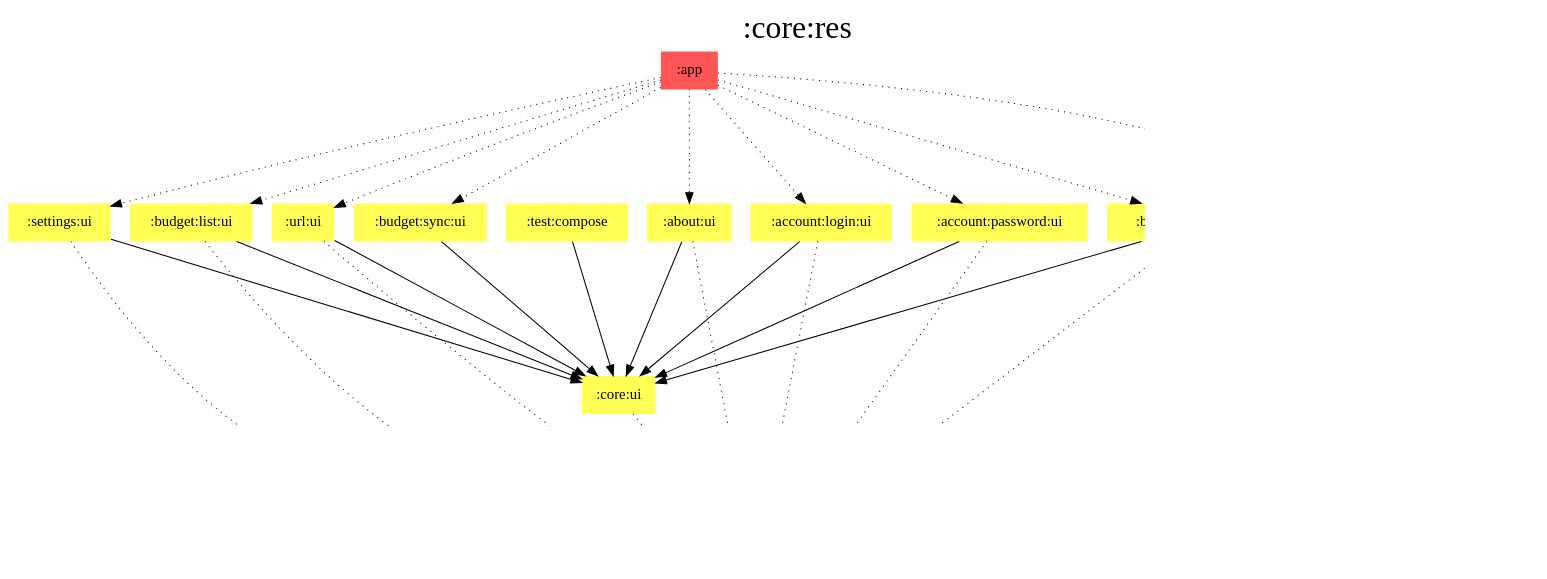
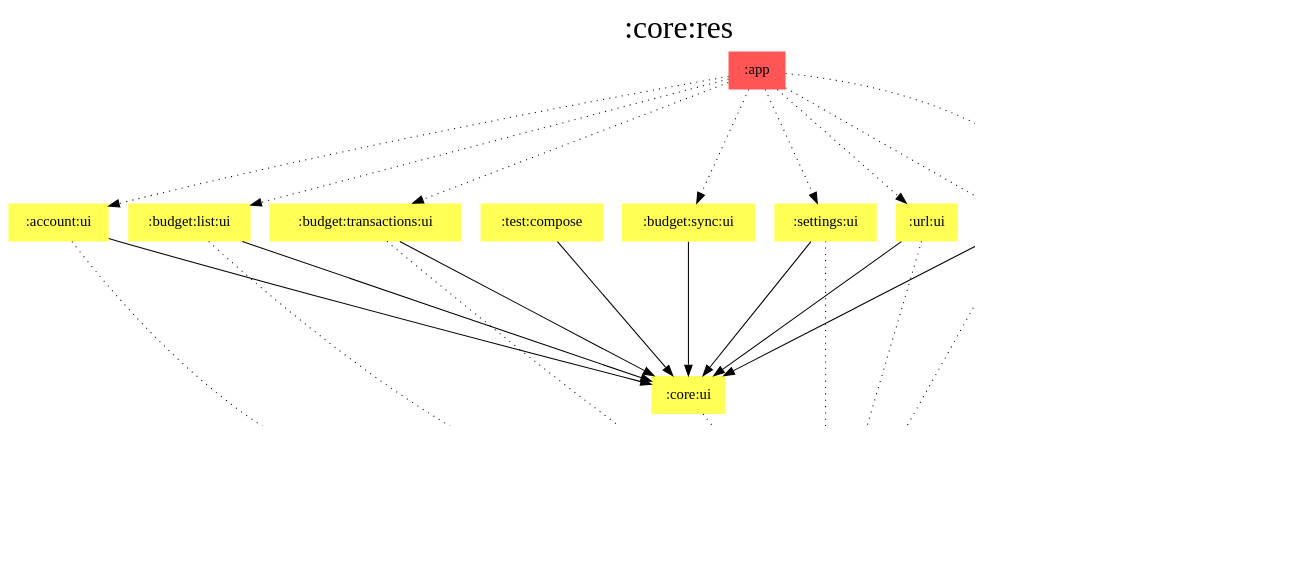
Before and after one commit to jonapoul/aktual: the diagram in modules/core/res/modules.dot, drawn with Graphviz. The commit also changed 127 other files, not shown here.

Commit message:
Merge account:login and account:password

```diff
--- a/modules/core/res/modules.dot
+++ b/modules/core/res/modules.dot
@@ -1,59 +1,55 @@
 digraph {
 edge ["dir"="forward"]
 graph ["dpi"="100","label"=":core:res","labelloc"="t","fontsize"="30","ranksep"="1.5","rankdir"="TB"]
 node ["style"="filled"]
 ":about:ui" ["fillcolor"="#FFFF55","shape"="none"]
-":account:login:ui" ["fillcolor"="#FFFF55","shape"="none"]
-":account:password:ui" ["fillcolor"="#FFFF55","shape"="none"]
+":account:ui" ["fillcolor"="#FFFF55","shape"="none"]
 ":app" ["fillcolor"="#FF5555","shape"="none"]
 ":budget:list:ui" ["fillcolor"="#FFFF55","shape"="none"]
 ":budget:sync:ui" ["fillcolor"="#FFFF55","shape"="none"]
 ":budget:transactions:ui" ["fillcolor"="#FFFF55","shape"="none"]
 ":core:res" ["fillcolor"="#00FFFF","color"="black","penwidth"="3","shape"="box"]
 ":core:ui" ["fillcolor"="#FFFF55","shape"="none"]
 ":settings:ui" ["fillcolor"="#FFFF55","shape"="none"]
 ":test:compose" ["fillcolor"="#FFFF55","shape"="none"]
 ":url:ui" ["fillcolor"="#FFFF55","shape"="none"]
 {
 edge ["dir"="none"]
 graph ["rank"="same"]
 ":core:res"
 }
 ":about:ui" -> ":core:res" ["style"="dotted"]
 ":about:ui" -> ":core:ui"
-":account:login:ui" -> ":core:res" ["style"="dotted"]
-":account:login:ui" -> ":core:ui"
-":account:password:ui" -> ":core:res" ["style"="dotted"]
-":account:password:ui" -> ":core:ui"
+":account:ui" -> ":core:res" ["style"="dotted"]
+":account:ui" -> ":core:ui"
 ":app" -> ":about:ui" ["style"="dotted"]
-":app" -> ":account:login:ui" ["style"="dotted"]
-":app" -> ":account:password:ui" ["style"="dotted"]
+":app" -> ":account:ui" ["style"="dotted"]
 ":app" -> ":budget:list:ui" ["style"="dotted"]
 ":app" -> ":budget:sync:ui" ["style"="dotted"]
 ":app" -> ":budget:transactions:ui" ["style"="dotted"]
 ":app" -> ":core:res" ["style"="dotted"]
 ":app" -> ":settings:ui" ["style"="dotted"]
 ":app" -> ":url:ui" ["style"="dotted"]
 ":budget:list:ui" -> ":core:res" ["style"="dotted"]
 ":budget:list:ui" -> ":core:ui"
 ":budget:sync:ui" -> ":core:ui"
 ":budget:transactions:ui" -> ":core:res" ["style"="dotted"]
 ":budget:transactions:ui" -> ":core:ui"
 ":core:ui" -> ":core:res" ["style"="dotted"]
 ":settings:ui" -> ":core:res" ["style"="dotted"]
 ":settings:ui" -> ":core:ui"
 ":test:compose" -> ":core:ui"
 ":url:ui" -> ":core:res" ["style"="dotted"]
 ":url:ui" -> ":core:ui"
 subgraph "cluster_legend" {
 edge ["dir"="none"]
 graph ["label"="Legend","fontsize"="20"]
 "Legend" ["style"="filled","fillcolor"="#FFFFFF","shape"="none","margin"="0","fontsize"="15","label"=<
 <TABLE BORDER="0" CELLBORDER="0" CELLSPACING="0" CELLPADDING="4">
 <TR><TD>App</TD><TD BGCOLOR="#FF5555">module-name</TD></TR>
 <TR><TD>Compose</TD><TD BGCOLOR="#FFFF55">module-name</TD></TR>
 <TR><TD>Resources</TD><TD BGCOLOR="#00FFFF">module-name</TD></TR>
 </TABLE>
 >]
 } -> ":core:res" ["style"="invis"]
 }
```
